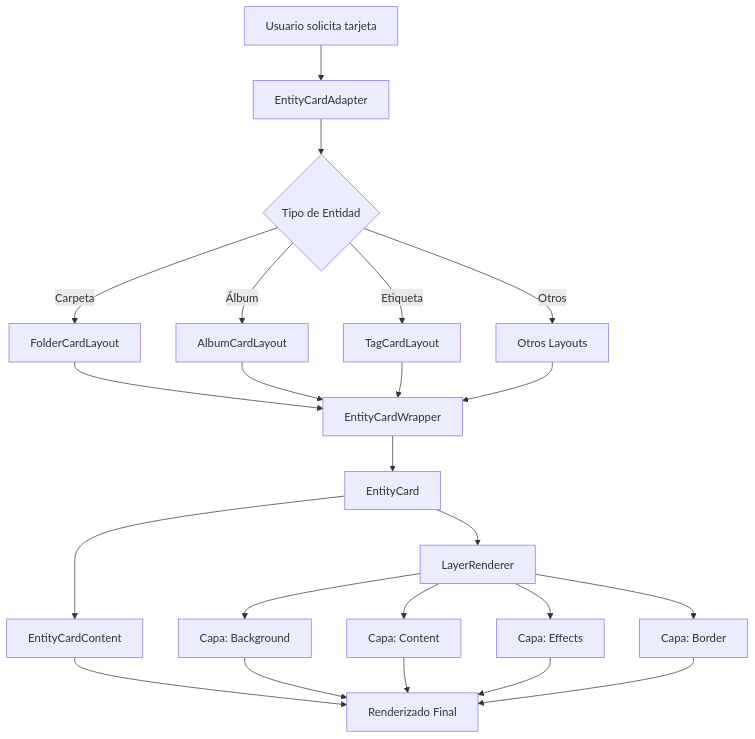
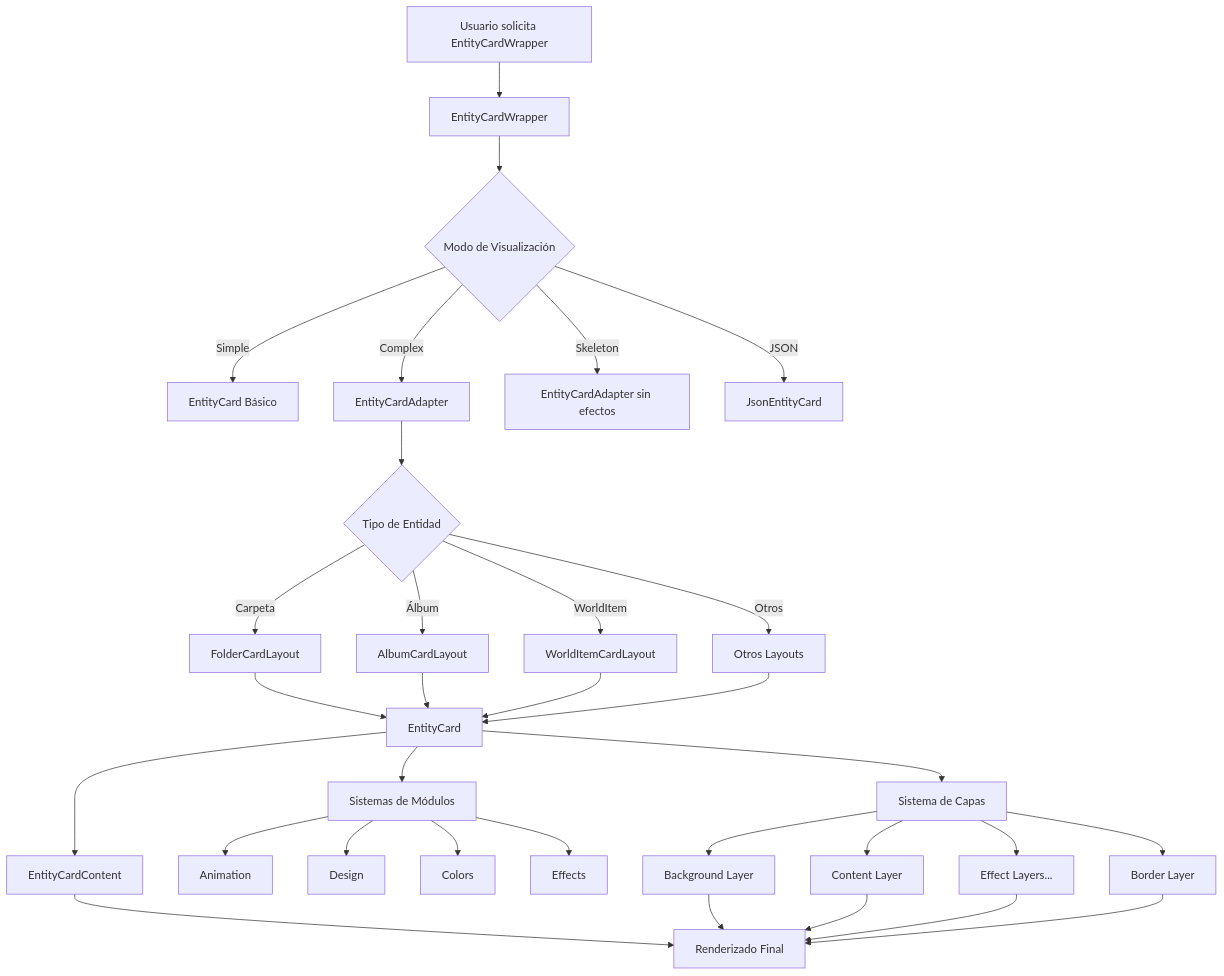
One commit to gvastethecreator/media-manager changed the first of 4 diagrams in src/components/features/entity-cards/docs/ARCHITECTURE.md. Above: the diagram before and after it, drawn with Mermaid. The commit also changed other lines of this file and 123 other files, not shown here.

````diff
--- a/src/components/features/entity-cards/docs/ARCHITECTURE.md
+++ b/src/components/features/entity-cards/docs/ARCHITECTURE.md
@@ -90,22 +72,32 @@
 ```mermaid
 flowchart TD
-    A[Usuario solicita tarjeta] --> B[EntityCardAdapter]
-    B --> C{Tipo de Entidad}
-    C -->|Carpeta| D[FolderCardLayout]
-    C -->|Álbum| E[AlbumCardLayout]
-    C -->|Etiqueta| F[TagCardLayout]
-    C -->|Otros| G[Otros Layouts]
+    A[Usuario solicita EntityCardWrapper] --> B[EntityCardWrapper]
+    B --> C{Modo de Visualización}
+    C -->|Simple| D[EntityCard Básico]
+    C -->|Complex| E[EntityCardAdapter]
+    C -->|Skeleton| F[EntityCardAdapter sin efectos]
+    C -->|JSON| G[JsonEntityCard]
 
-    D & E & F & G --> H[EntityCardWrapper]
-    H --> I[EntityCard]
-    I --> J[EntityCardContent]
-    I --> K[LayerRenderer]
+    E --> H{Tipo de Entidad}
+    H -->|Carpeta| I[FolderCardLayout]
+    H -->|Álbum| J[AlbumCardLayout]
+    H -->|WorldItem| K[WorldItemCardLayout]
+    H -->|Otros| L[Otros Layouts]
 
-    K --> L1[Capa: Background]
-    K --> L2[Capa: Content]
-    K --> L3[Capa: Effects]
-    K --> L4[Capa: Border]
+    I & J & K & L --> M[EntityCard]
+    M --> N[EntityCardContent]
+    M --> O[Sistemas de Módulos]
+    O --> P1[Animation]
+    O --> P2[Design]
+    O --> P3[Colors]
+    O --> P4[Effects]
 
-    J --> M[Renderizado Final]
-    L1 & L2 & L3 & L4 --> M
+    M --> Q[Sistema de Capas]
+    Q --> R1[Background Layer]
+    Q --> R2[Content Layer]
+    Q --> R3[Effect Layers...]
+    Q --> R4[Border Layer]
+
+    R1 & R2 & R3 & R4 --> S[Renderizado Final]
+    N --> S
 ```
````
